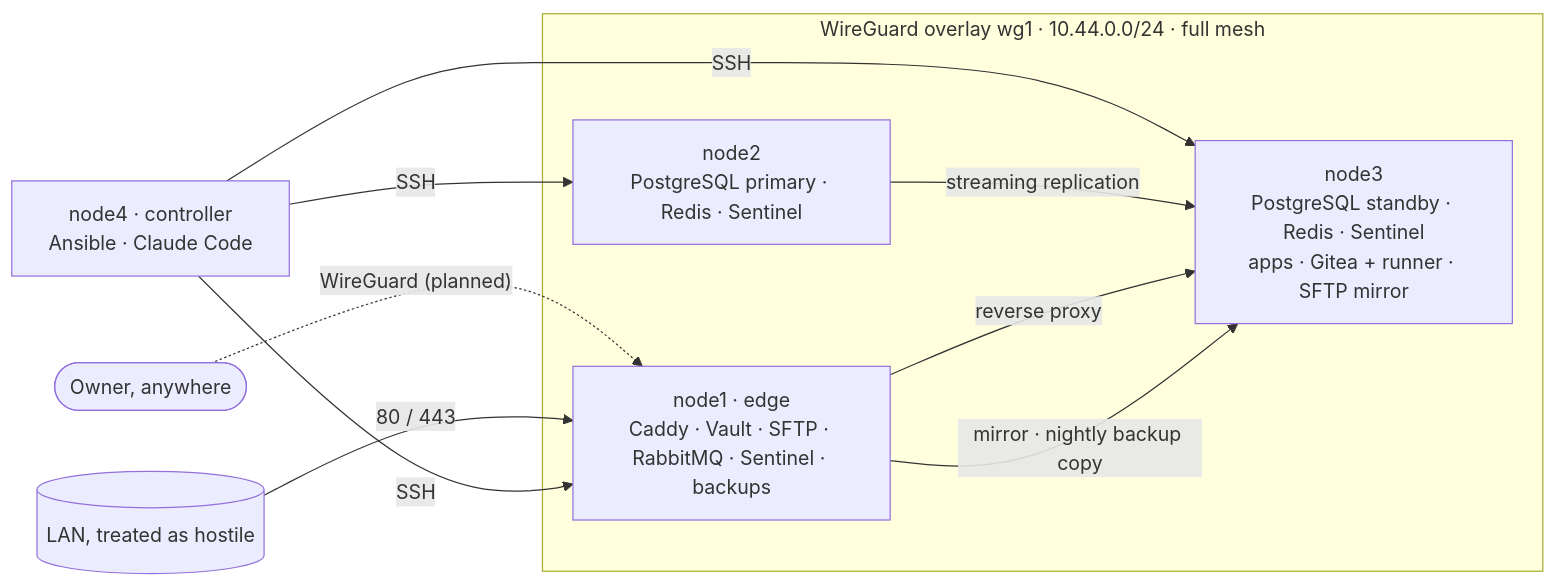
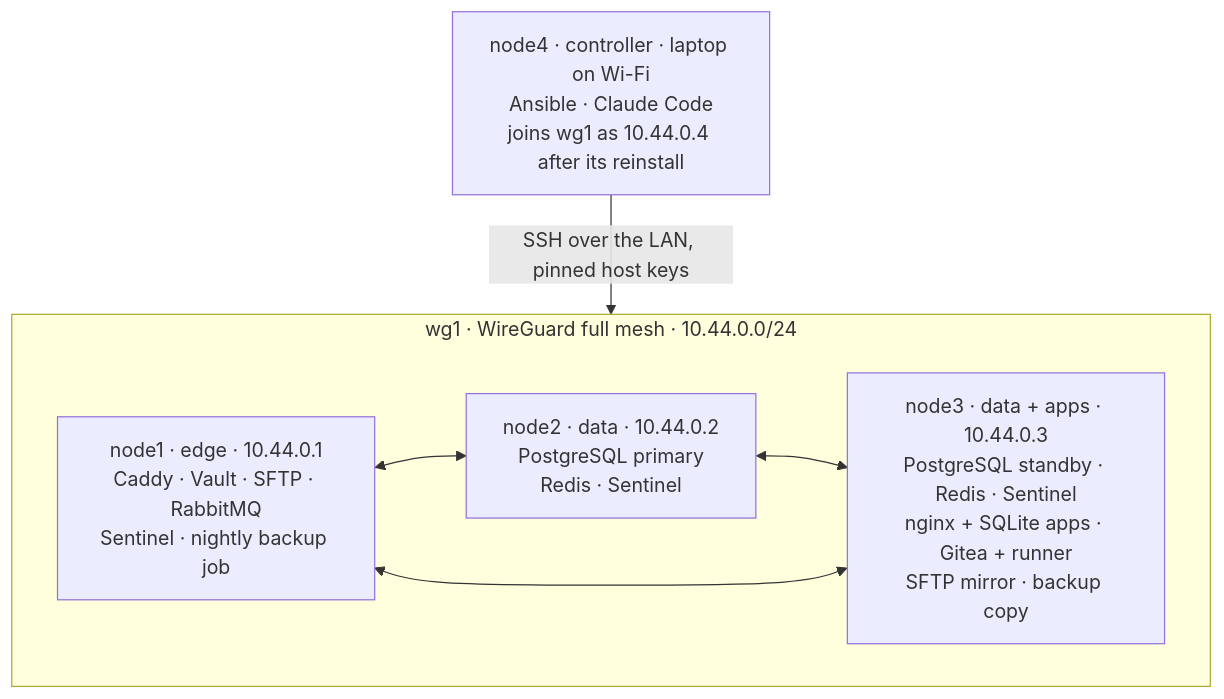
Before and after one commit to vpetukhov-wbss/homelab-infrastructure: the third of 8 diagrams in README.md, drawn with Mermaid. The commit also changed other lines of this file and 1 other file, not shown here.

First line of the commit message:
docs: current README with diagrams of the live platform, HomeLab Pulse design

```diff
--- a/README.md
+++ b/README.md
@@ -48,14 +84,14 @@
 ~~~mermaid
-flowchart LR
-    owner([Owner, anywhere]) -. "WireGuard (planned)" .-> n1
-    lan[(LAN, treated as hostile)] -->|80 / 443| n1
-    subgraph wg1 ["WireGuard overlay wg1 · 10.44.0.0/24 · full mesh"]
-      n1["node1 · edge<br/>Caddy · Vault · SFTP · RabbitMQ · Sentinel · backups"]
-      n2["node2<br/>PostgreSQL primary · Redis · Sentinel"]
-      n3["node3<br/>PostgreSQL standby · Redis · Sentinel<br/>apps · Gitea + runner · SFTP mirror"]
+flowchart TB
+    subgraph mesh ["wg1 · WireGuard full mesh · 10.44.0.0/24"]
+        direction LR
+        n1["node1 · edge · 10.44.0.1<br/>Caddy · Vault · SFTP · RabbitMQ<br/>Sentinel · nightly backup job"]
+        n2["node2 · data · 10.44.0.2<br/>PostgreSQL primary<br/>Redis · Sentinel"]
+        n3["node3 · data + apps · 10.44.0.3<br/>PostgreSQL standby · Redis · Sentinel<br/>nginx + SQLite apps · Gitea + runner<br/>SFTP mirror · backup copy"]
+        n1 <--> n2
+        n2 <--> n3
+        n3 <--> n1
     end
-    n4["node4 · controller<br/>Ansible · Claude Code"] -->|SSH| n1 & n2 & n3
-    n2 -->|streaming replication| n3
-    n1 -->|reverse proxy| n3
-    n1 -->|mirror · nightly backup copy| n3
+    n4["node4 · controller · laptop on Wi-Fi<br/>Ansible · Claude Code<br/>joins wg1 as 10.44.0.4 after its reinstall"]
+    n4 -- "SSH over the LAN, pinned host keys" --> mesh
 ~~~
```
